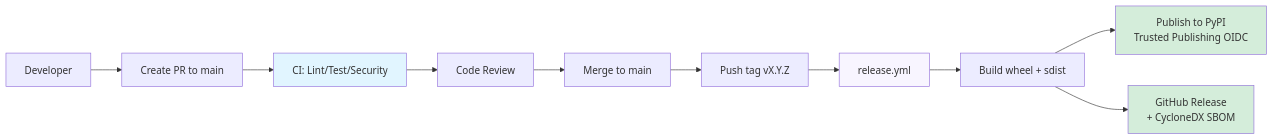
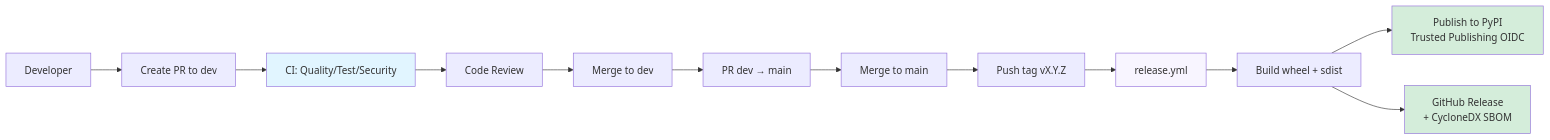
The diagram in docs/ci-cd.md (TheDataEngineX/dex), drawn with Mermaid before and after one commit. The commit also changed other lines of this file, not shown here.

````diff
--- a/docs/ci-cd.md
+++ b/docs/ci-cd.md
@@ -32,17 +32,19 @@
 ```mermaid
 graph LR
-    Dev[Developer] --> PR[Create PR to main]
-    PR --> CI[CI: Lint/Test/Security]
+    Dev[Developer] --> PR[Create PR to dev]
+    PR --> CI[CI: Quality/Test/Security]
     CI --> Review[Code Review]
-    Review --> MergeMain[Merge to main]
+    Review --> MergeDev[Merge to dev]
+    MergeDev --> PRMain[PR dev → main]
+    PRMain --> MergeMain[Merge to main]
     MergeMain --> Tag[Push tag vX.Y.Z]
     Tag --> Release[release.yml]
     Release --> Build[Build wheel + sdist]
     Build --> PyPI[Publish to PyPI<br/>Trusted Publishing OIDC]
     Build --> GHRelease[GitHub Release<br/>+ CycloneDX SBOM]
 
     style CI fill:#e1f5ff
     style Release fill:#f8f5ff
     style PyPI fill:#d4edda
     style GHRelease fill:#d4edda
 ```
````
